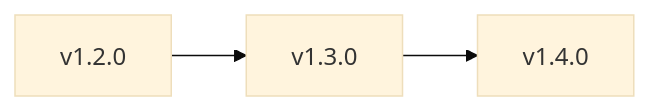
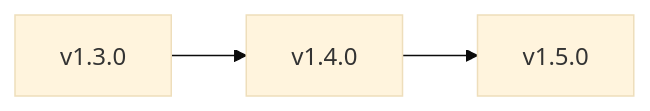
One commit to juanklagos/spec-driven-development-template changed the diagram in docs/en/35-public-roadmap.md. Above: the diagram before and after it, drawn with Mermaid (base theme). The commit also changed other lines of this file and 22 other files, not shown here.

````diff
--- a/docs/en/35-public-roadmap.md
+++ b/docs/en/35-public-roadmap.md
@@ -9,5 +9,5 @@
 ```mermaid
 flowchart LR
-  A["v1.2.0"] --> B["v1.3.0"]
-  B --> C["v1.4.0"]
+  A["v1.3.0"] --> B["v1.4.0"]
+  B --> C["v1.5.0"]
 ```
````
